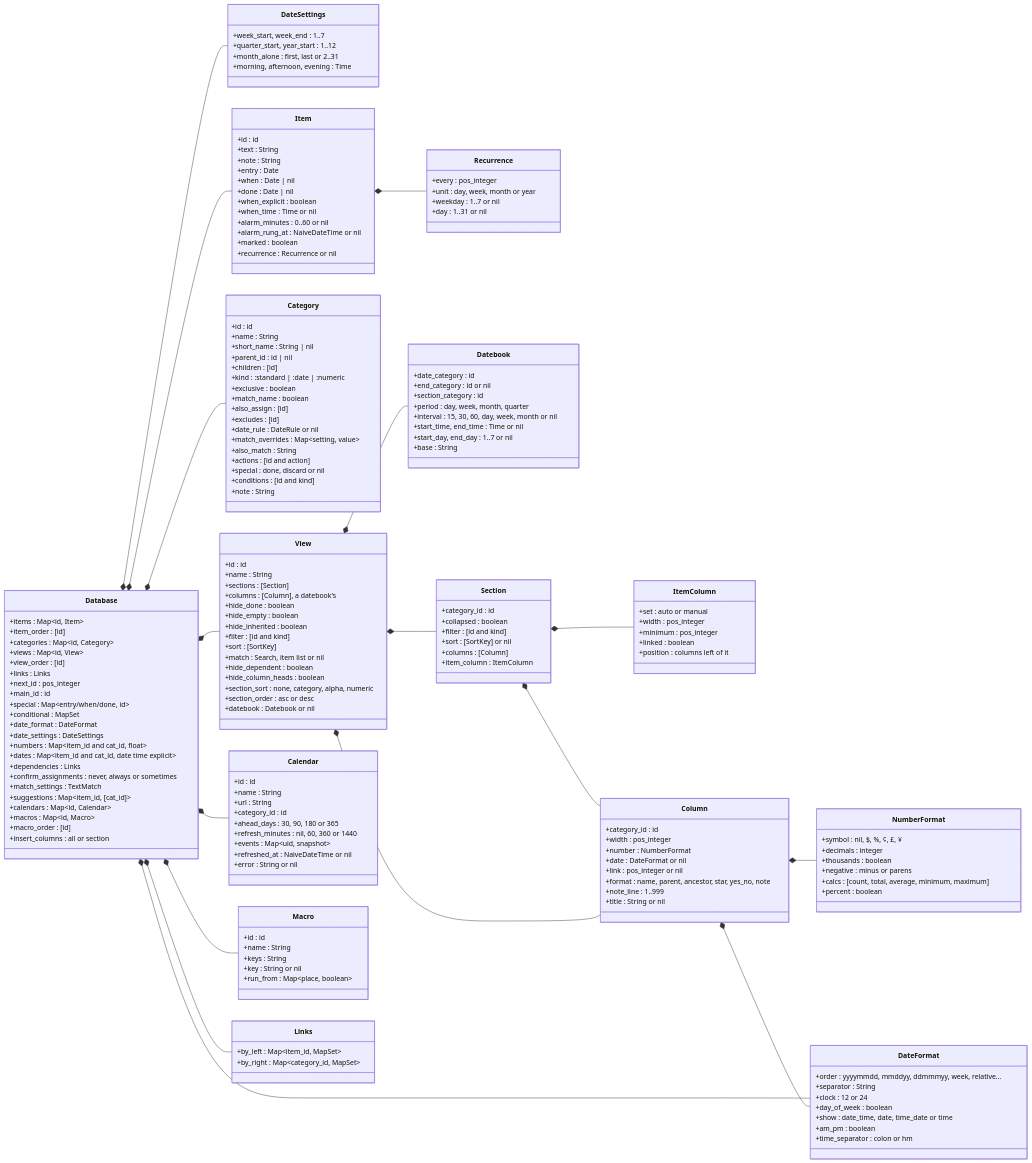
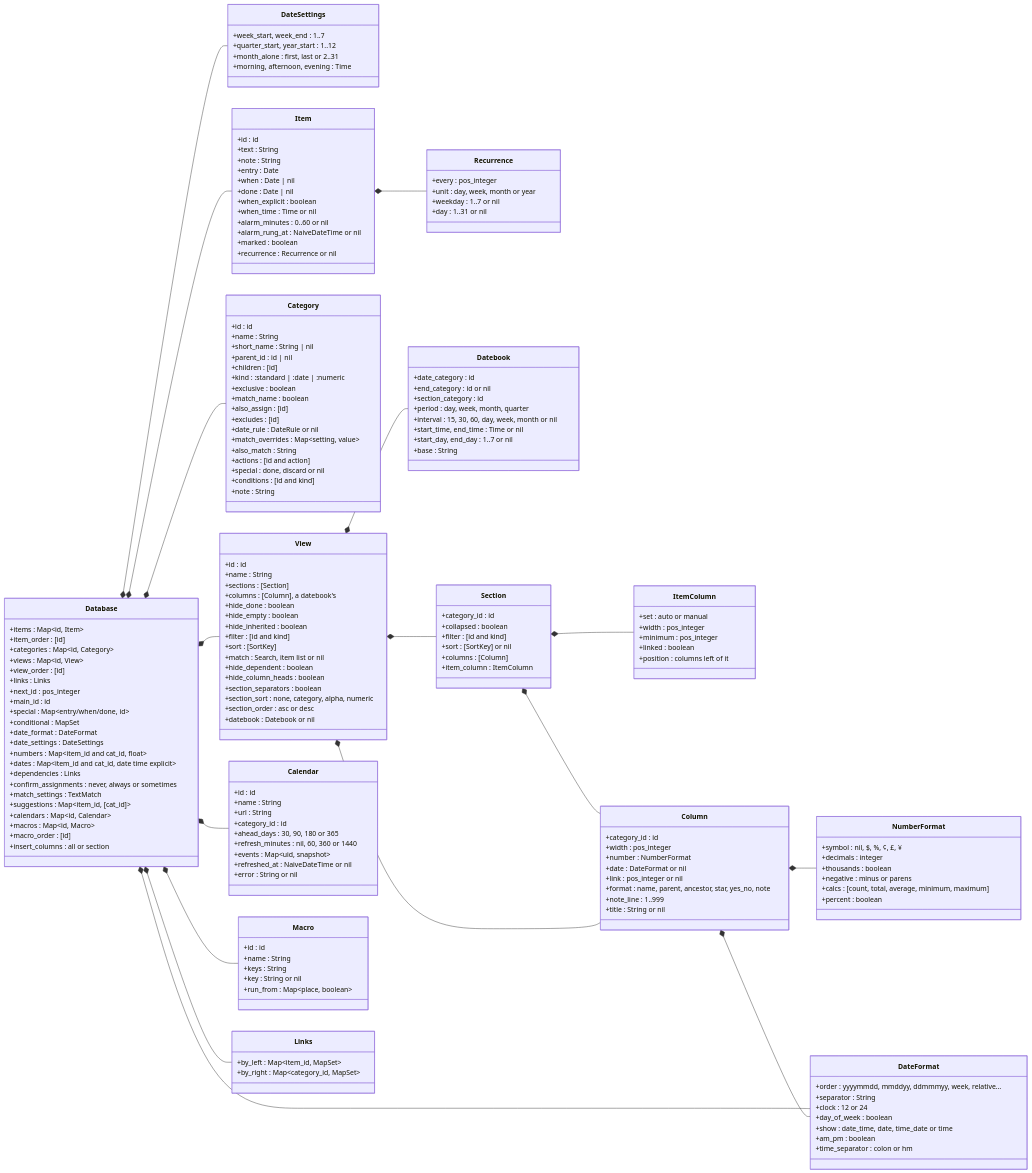
Before and after one commit to jamting/agendum: the second of 6 diagrams in docs/DATA_MODEL.md, drawn with Mermaid. The commit also changed other lines of this file and 12 other files, not shown here.

```diff
--- a/docs/DATA_MODEL.md
+++ b/docs/DATA_MODEL.md
@@ -238,6 +239,7 @@
         +match : Search, item list or nil
         +hide_dependent : boolean
         +hide_column_heads : boolean
+        +section_separators : boolean
         +section_sort : none, category, alpha, numeric
         +section_order : asc or desc
         +datebook : Datebook or nil
```
